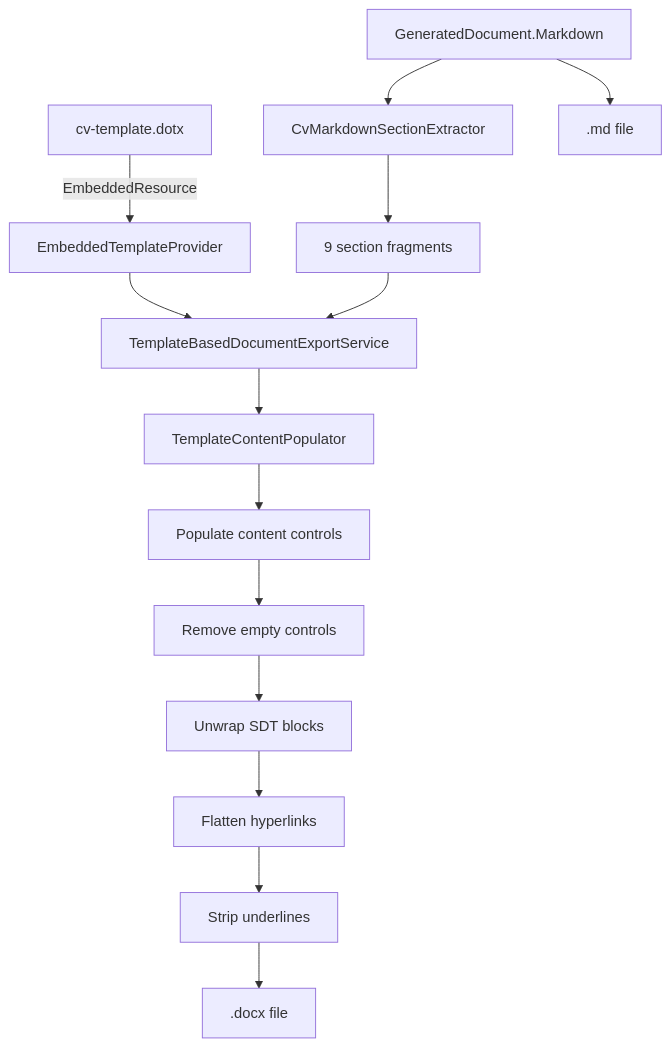
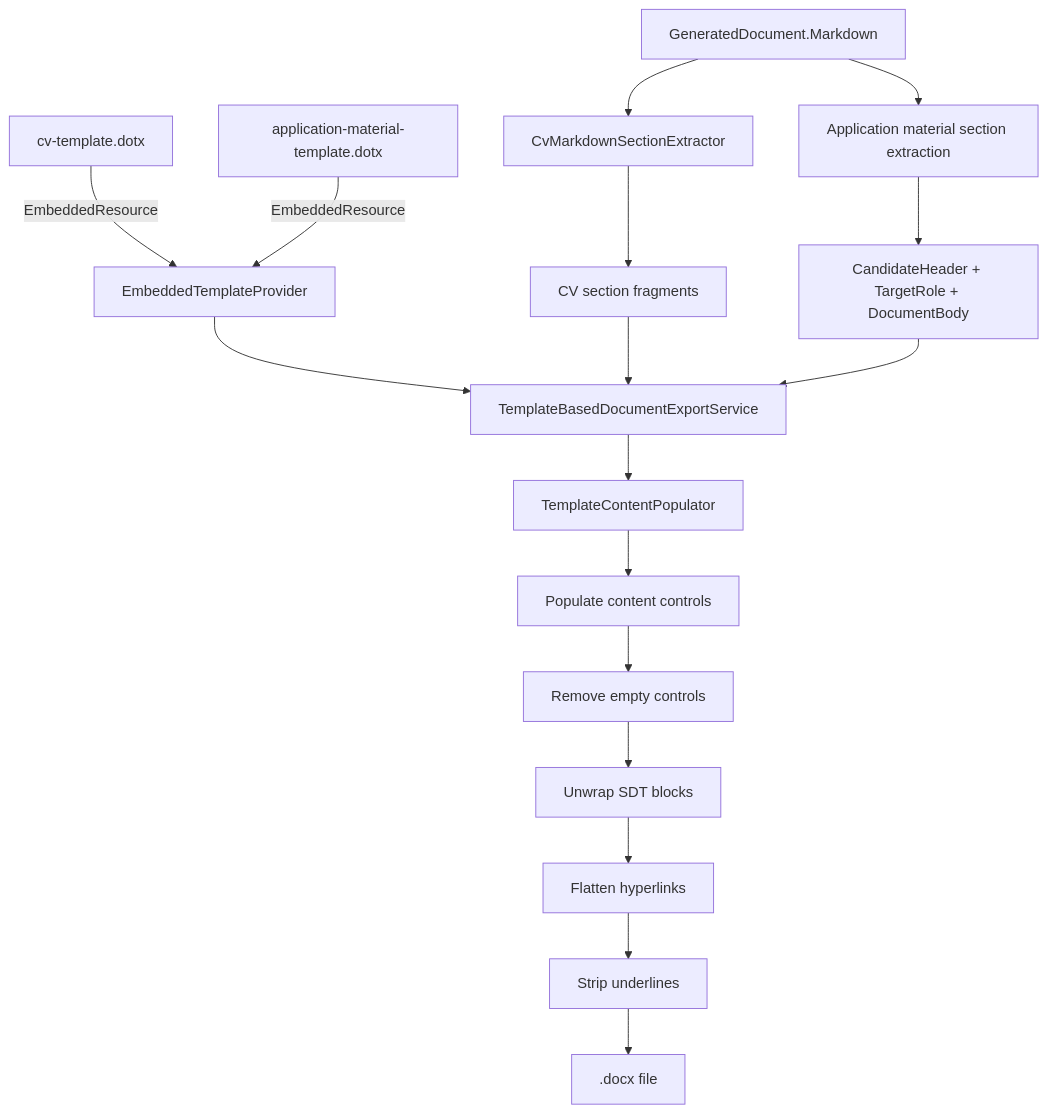
One commit to hennie42/li-jobber changed diagram 17 of 20 in docs/details.md. Above: the diagram before and after it, drawn with Mermaid. The commit also changed other lines of this file and 23 other files, not shown here.

````diff
--- a/docs/details.md
+++ b/docs/details.md
@@ -793,16 +793,19 @@
 ```mermaid
 graph TD
     A[cv-template.dotx] -->|EmbeddedResource| B[EmbeddedTemplateProvider]
+    A2[application-material-template.dotx] -->|EmbeddedResource| B
     B --> C[TemplateBasedDocumentExportService]
     D[GeneratedDocument.Markdown] --> E[CvMarkdownSectionExtractor]
-    E --> F["9 section fragments"]
+    E --> F["CV section fragments"]
+    D --> E2[Application material section extraction]
+    E2 --> F2["CandidateHeader + TargetRole + DocumentBody"]
     F --> C
+    F2 --> C
     C --> G[TemplateContentPopulator]
     G --> H["Populate content controls"]
     H --> I["Remove empty controls"]
     I --> J["Unwrap SDT blocks"]
     J --> K["Flatten hyperlinks"]
     K --> L["Strip underlines"]
     L --> M[".docx file"]
-    D --> N[".md file"]
 ```
````
